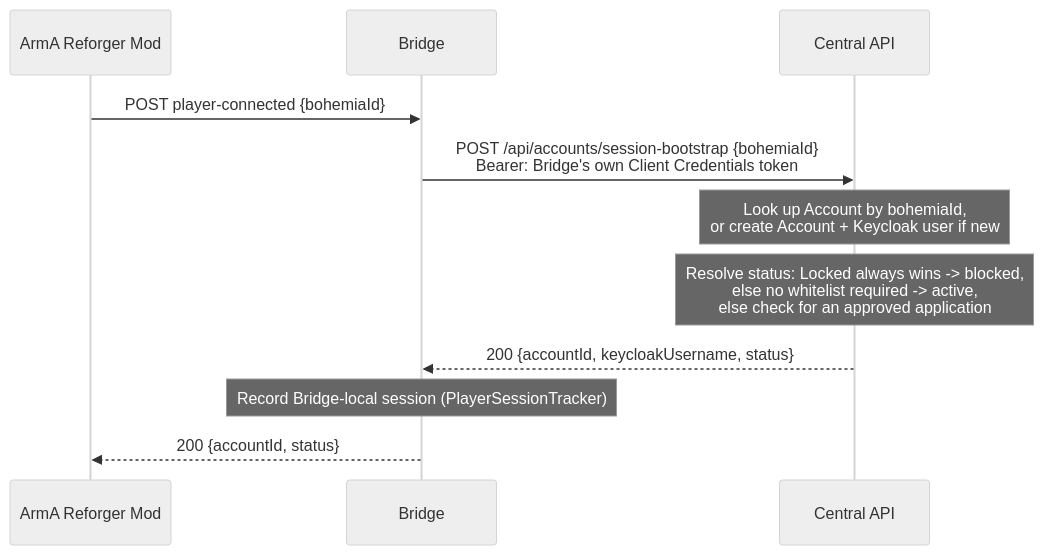
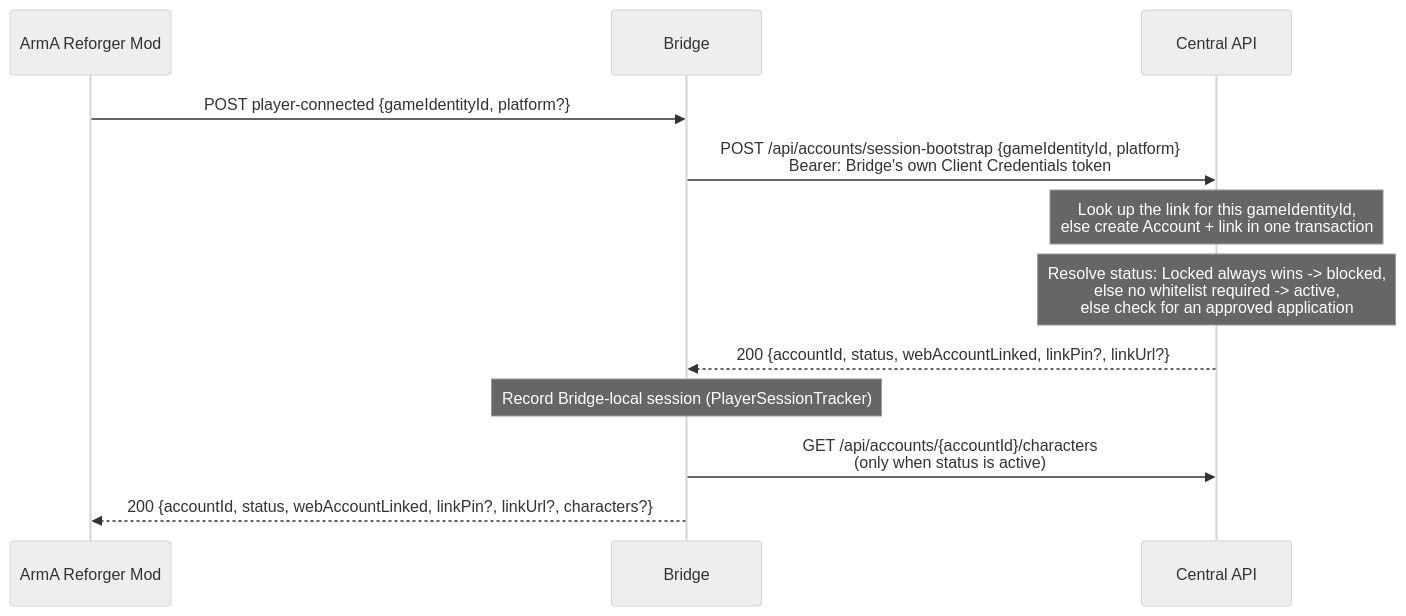
The diagram in docs/workflows/login.md (ELifeRPG/reforger-bridge), drawn with Mermaid (neutral theme) before and after one commit. The commit also changed other lines of this file and 7 other files, not shown here.

First line of the commit message:
feat!: take a game identity per platform, and pass the web link through (#15)

````diff
--- a/docs/workflows/login.md
+++ b/docs/workflows/login.md
@@ -13,14 +19,15 @@
 ```mermaid
 sequenceDiagram
     participant Mod as ArmA Reforger Mod
     participant Bridge
     participant Core as Central API
 
-    Mod->>Bridge: POST player-connected {bohemiaId}
-    Bridge->>Core: POST /api/accounts/session-bootstrap {bohemiaId}<br/>Bearer: Bridge's own Client Credentials token
-    Note over Core: Look up Account by bohemiaId,<br/>or create Account + Keycloak user if new
+    Mod->>Bridge: POST player-connected {gameIdentityId, platform?}
+    Bridge->>Core: POST /api/accounts/session-bootstrap {gameIdentityId, platform}<br/>Bearer: Bridge's own Client Credentials token
+    Note over Core: Look up the link for this gameIdentityId,<br/>else create Account + link in one transaction
     Note over Core: Resolve status: Locked always wins -> blocked,<br/>else no whitelist required -> active,<br/>else check for an approved application
-    Core-->>Bridge: 200 {accountId, keycloakUsername, status}
+    Core-->>Bridge: 200 {accountId, status, webAccountLinked, linkPin?, linkUrl?}
     Note over Bridge: Record Bridge-local session (PlayerSessionTracker)
-    Bridge-->>Mod: 200 {accountId, status}
+    Bridge->>Core: GET /api/accounts/{accountId}/characters<br/>(only when status is active)
+    Bridge-->>Mod: 200 {accountId, status, webAccountLinked, linkPin?, linkUrl?, characters?}
 ```
````
